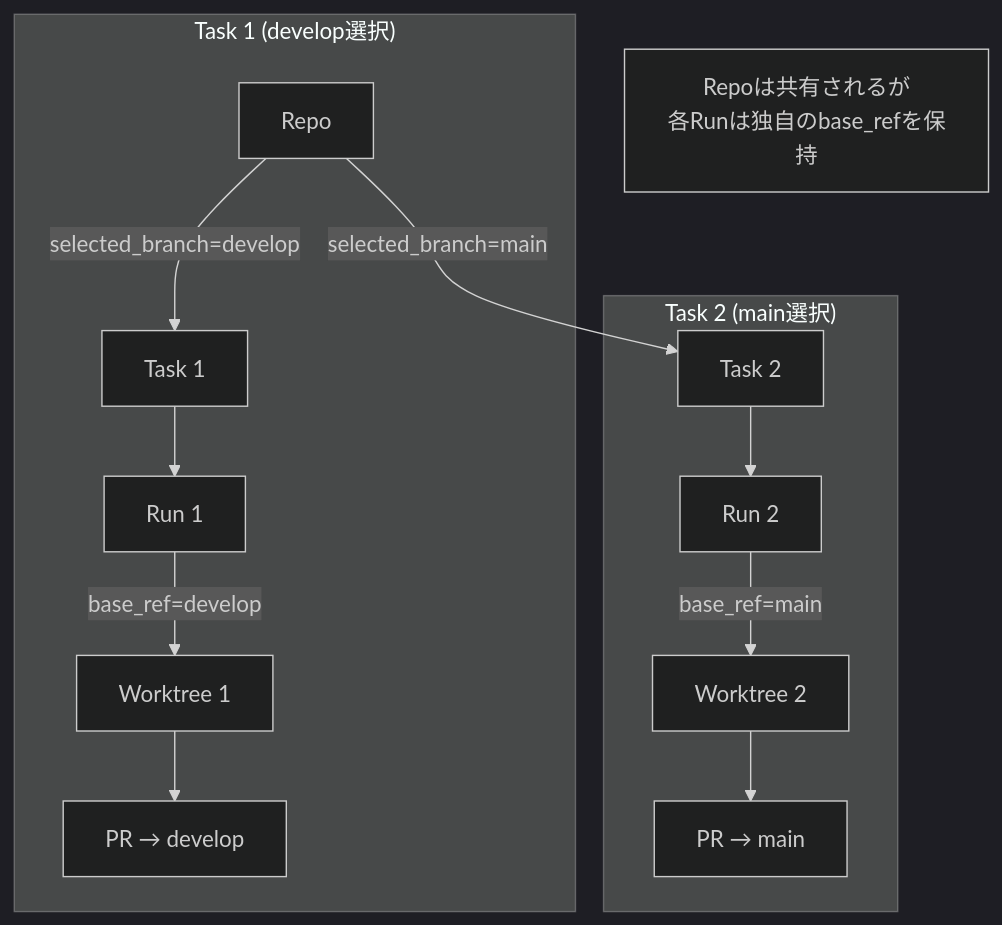
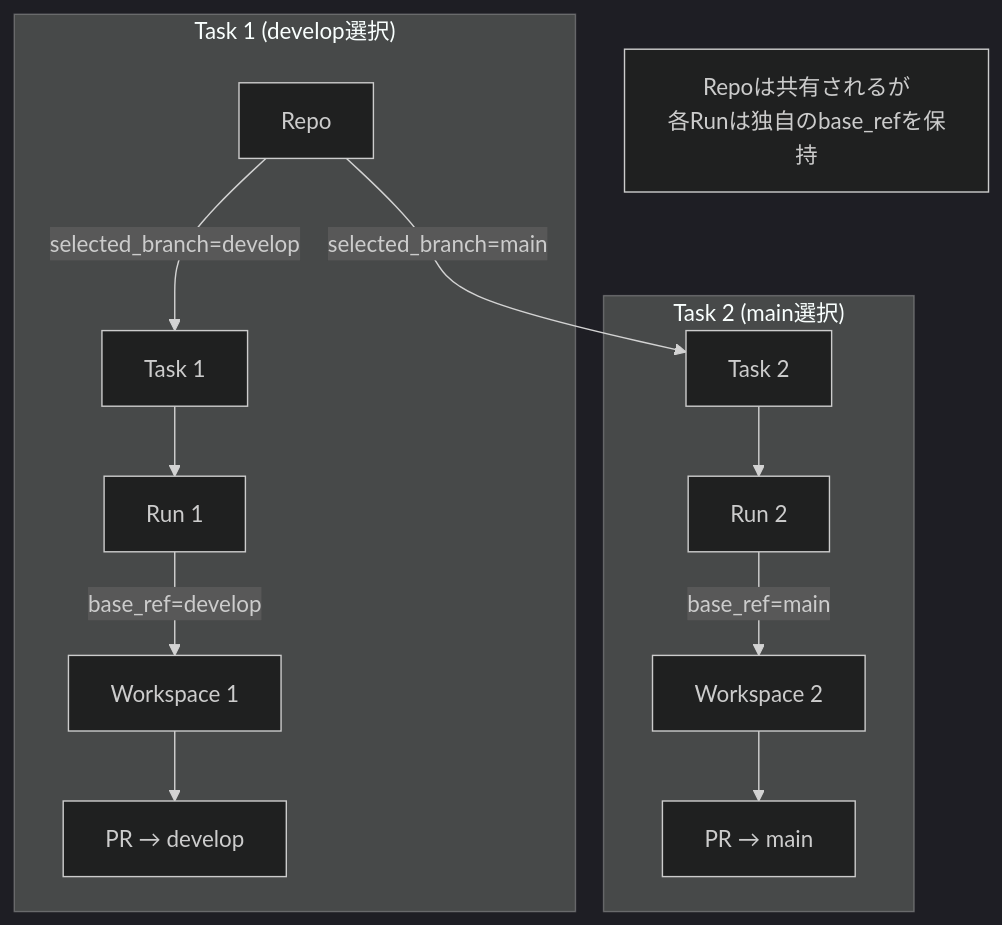
The seventh of 7 diagrams in docs/branch_worktree.md (hampen2929/zloth), drawn with Mermaid (dark theme) before and after one commit. The commit also changed other lines of this file and 3 other files, not shown here.

````diff
--- a/docs/branch_worktree.md
+++ b/docs/branch_worktree.md
@@ -220,18 +216,18 @@
 ```mermaid
 flowchart TB
     subgraph "Task 1 (develop選択)"
         R1[Repo] --> |selected_branch=develop| T1[Task 1]
         T1 --> Run1[Run 1]
-        Run1 --> |base_ref=develop| W1[Worktree 1]
+        Run1 --> |base_ref=develop| W1[Workspace 1]
         W1 --> PR1[PR → develop]
     end
 
     subgraph "Task 2 (main選択)"
         R1 --> |selected_branch=main| T2[Task 2]
         T2 --> Run2[Run 2]
-        Run2 --> |base_ref=main| W2[Worktree 2]
+        Run2 --> |base_ref=main| W2[Workspace 2]
         W2 --> PR2[PR → main]
     end
 
     Note1[Repoは共有されるが<br/>各Runは独自のbase_refを保持]
 ```
````
